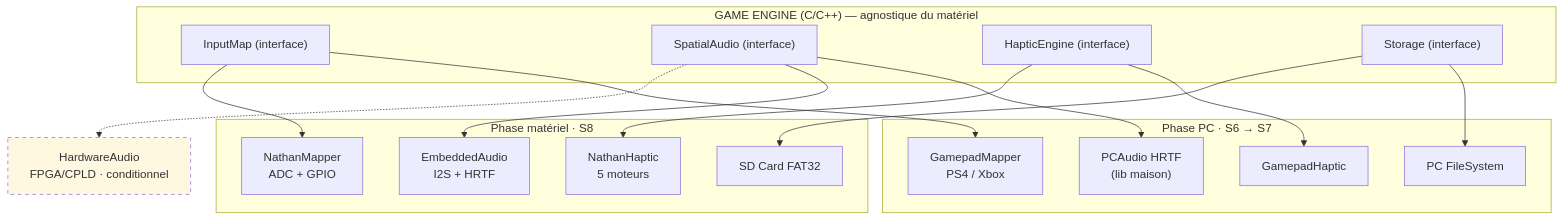
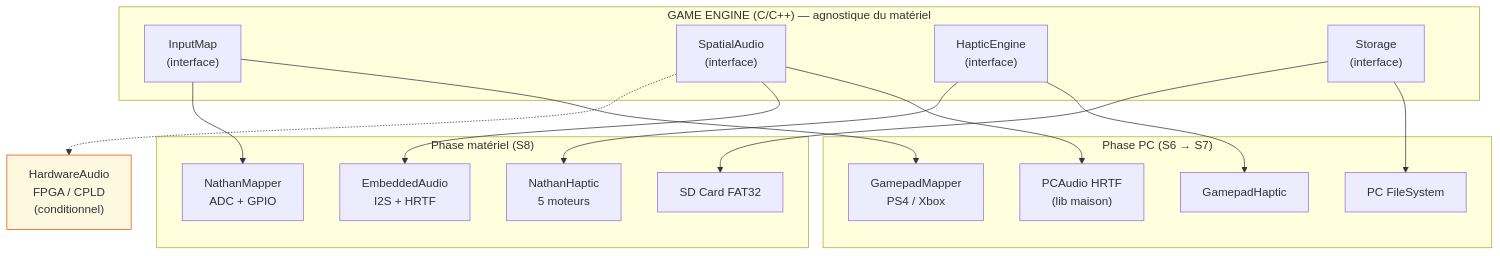
One commit to Creativipi/NATHAN-console changed the first of 3 diagrams in docs/planning/TACHES.md. Above: the diagram before and after it, drawn with Mermaid.

Commit message:
fix: rendu Mermaid du diagramme de bloc (architecture) - aretes explicites, classDef sans dasharray
Le diagramme 'Architecture en blocs' ne rendait pas sur GitHub a cause du fan-out 'A --> B & C' et de 'stroke-dasharray:5 5' (espace) dans classDef. Reecrit en arretes explicites + classDef fill/stroke seulement.

````diff
--- a/docs/planning/TACHES.md
+++ b/docs/planning/TACHES.md
@@ -363,29 +363,33 @@
 ```mermaid
 flowchart TB
     subgraph ENGINE["GAME ENGINE (C/C++) — agnostique du matériel"]
-        IN["InputMap (interface)"]
-        AU["SpatialAudio (interface)"]
-        HP["HapticEngine (interface)"]
-        ST["Storage (interface)"]
+        IN["InputMap<br/>(interface)"]
+        AU["SpatialAudio<br/>(interface)"]
+        HP["HapticEngine<br/>(interface)"]
+        ST["Storage<br/>(interface)"]
     end
-    subgraph PCP["Phase PC · S6 → S7"]
+    subgraph PCP["Phase PC (S6 → S7)"]
         IN_PC["GamepadMapper<br/>PS4 / Xbox"]
         AU_PC["PCAudio HRTF<br/>(lib maison)"]
         HP_PC["GamepadHaptic"]
         ST_PC["PC FileSystem"]
     end
-    subgraph HWP["Phase matériel · S8"]
+    subgraph HWP["Phase matériel (S8)"]
         IN_HW["NathanMapper<br/>ADC + GPIO"]
         AU_HW["EmbeddedAudio<br/>I2S + HRTF"]
         HP_HW["NathanHaptic<br/>5 moteurs"]
         ST_HW["SD Card FAT32"]
     end
-    FPGA["HardwareAudio<br/>FPGA/CPLD · conditionnel"]
-    IN --> IN_PC & IN_HW
-    AU --> AU_PC & AU_HW
-    HP --> HP_PC & HP_HW
-    ST --> ST_PC & ST_HW
+    FPGA["HardwareAudio<br/>FPGA / CPLD<br/>(conditionnel)"]
+    IN --> IN_PC
+    IN --> IN_HW
+    AU --> AU_PC
+    AU --> AU_HW
     AU -.-> FPGA
-    classDef cond stroke-dasharray:5 5,fill:#fff8e1
+    HP --> HP_PC
+    HP --> HP_HW
+    ST --> ST_PC
+    ST --> ST_HW
+    classDef cond fill:#fff8e1,stroke:#e65100
     class FPGA cond
 ```
````
